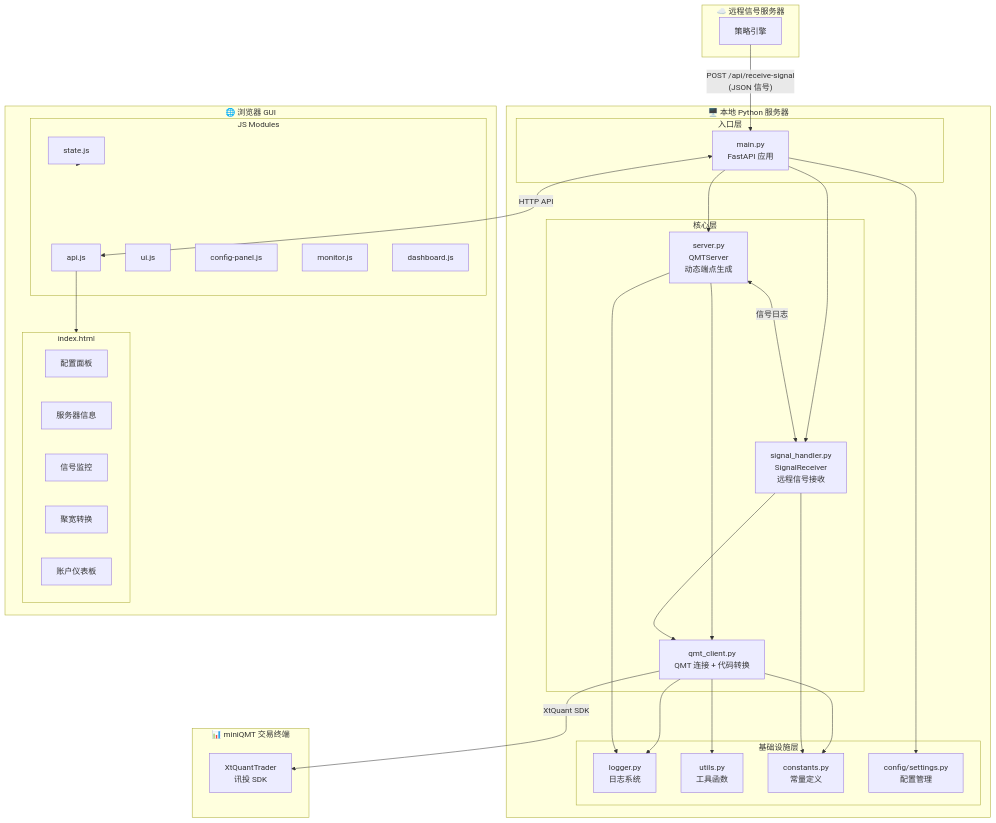
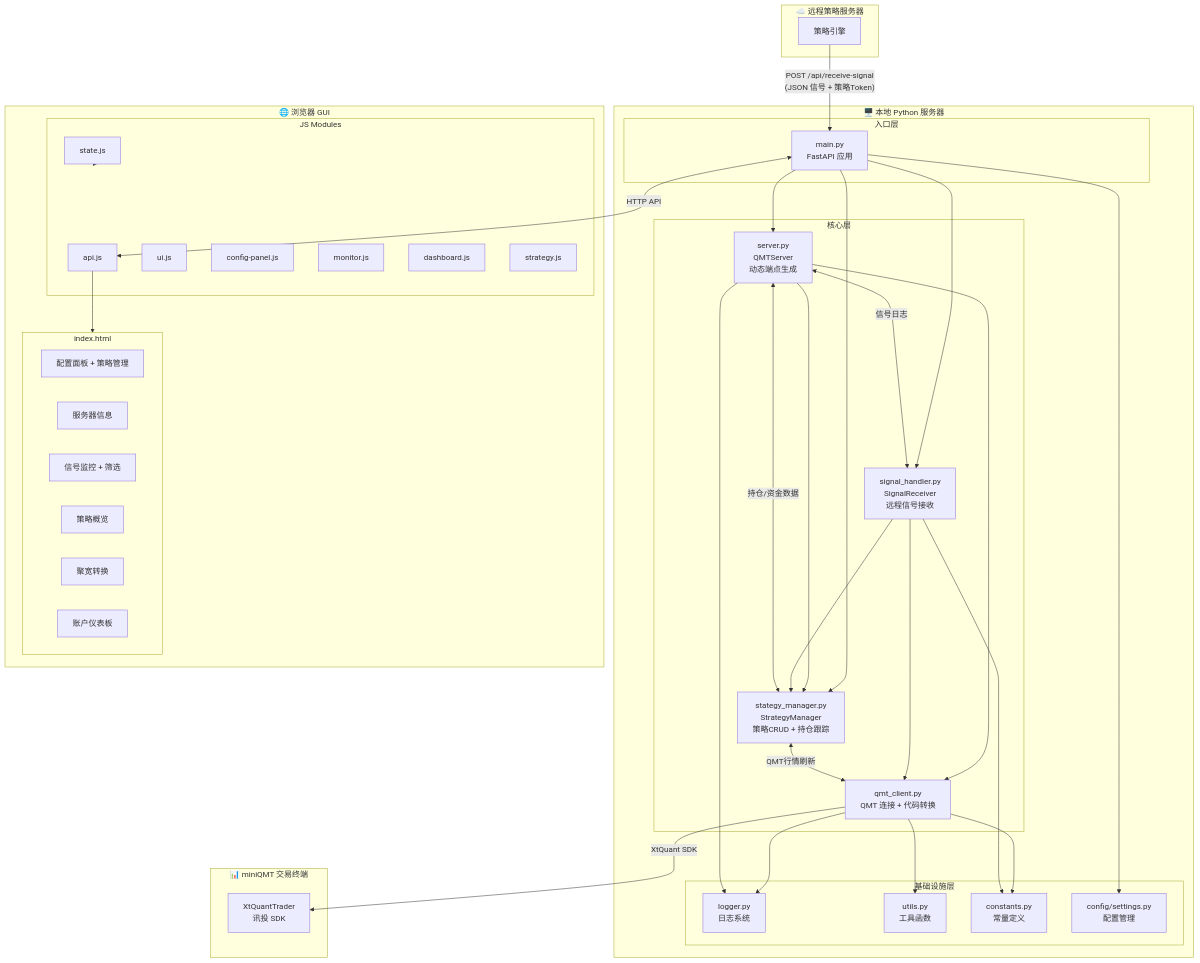
Before and after one commit to Dada-liu/QMT-Live-Assistant: the first of 5 diagrams in IMPLEMENTATION_PLAN.md, drawn with Mermaid. The commit also changed other lines of this file and 16 other files, not shown here.

````diff
--- a/IMPLEMENTATION_PLAN.md
+++ b/IMPLEMENTATION_PLAN.md
@@ -17,63 +17,71 @@
 ```mermaid
 graph TB
-    subgraph 远程层["☁️ 远程信号服务器"]
+    subgraph 远程层["☁️ 远程策略服务器"]
         DS[策略引擎]
     end
 
     subgraph 本地层["🖥️ 本地 Python 服务器"]
         subgraph 入口层["入口层"]
             MAIN[main.py<br/>FastAPI 应用]
         end
         subgraph 核心层["核心层"]
             SVR[server.py<br/>QMTServer<br/>动态端点生成]
             SIG[signal_handler.py<br/>SignalReceiver<br/>远程信号接收]
             CLIENT[qmt_client.py<br/>QMT 连接 + 代码转换]
+            STRAT[stategy_manager.py<br/>StrategyManager<br/>策略CRUD + 持仓跟踪]
         end
         subgraph 基础设施层["基础设施层"]
             LOG[logger.py<br/>日志系统]
             UTILS[utils.py<br/>工具函数]
             CONST[constants.py<br/>常量定义]
             CFG[config/settings.py<br/>配置管理]
         end
     end
 
     subgraph QMT层["📊 miniQMT 交易终端"]
         XT[XtQuantTrader<br/>讯投 SDK]
     end
 
     subgraph 前端层["🌐 浏览器 GUI"]
         subgraph HTML["index.html"]
-            CFG_PANEL[配置面板]
+            CFG_PANEL[配置面板 + 策略管理]
             SVR_INFO[服务器信息]
-            SIG_MON[信号监控]
+            SIG_MON[信号监控 + 筛选]
+            STRAT_OVERVIEW[策略概览]
             JQ_CONV[聚宽转换]
             DASH[账户仪表板]
         end
         subgraph JS["JS Modules"]
             STATE[state.js]
             API[api.js]
             UI[ui.js]
             CONFIG_JS[config-panel.js]
             MON_JS[monitor.js]
             DASH_JS[dashboard.js]
+            STRAT_JS[strategy.js]
         end
     end
 
-    DS -->|"POST /api/receive-signal<br/>(JSON 信号)"| MAIN
+    DS -->|"POST /api/receive-signal<br/>(JSON 信号 + 策略Token)"| MAIN
     MAIN --> SVR
     MAIN --> SIG
+    MAIN --> STRAT
     SVR --> CLIENT
+    SVR --> STRAT
+    SIG --> STRAT
     CLIENT -->|"XtQuant SDK"| XT
     SIG --> CLIENT
     CLIENT --> UTILS
     CLIENT --> LOG
     SVR --> LOG
     MAIN --> CFG
     CLIENT --> CONST
     SIG --> CONST
 
     SVR <-->|"信号日志"| SIG
+    STRAT <-->|"持仓/资金数据"| SVR
+    STRAT <-->|"QMT行情刷新"| CLIENT
     MAIN <-->|"HTTP API"| API
     API --> HTML
     STATE --> JS
 ```
````
